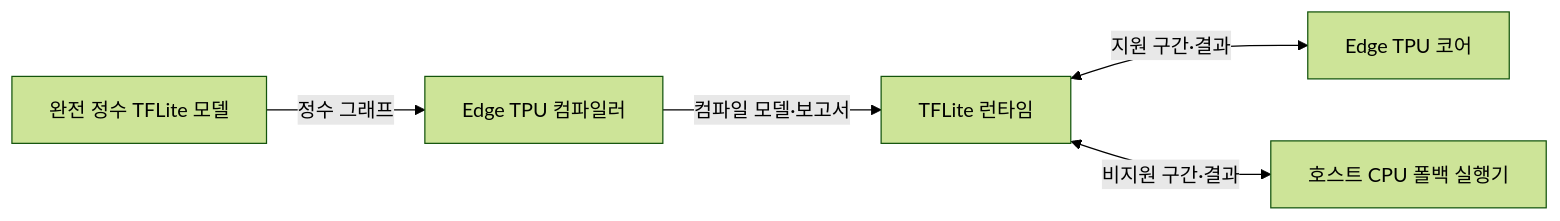
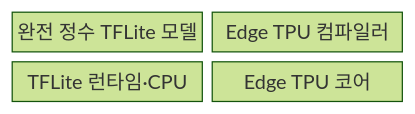
The first of 2 diagrams in src/content/docs/notes/02-hardware/045_edge_tpu.md (agnusdei1207/knowledge-base), drawn with Mermaid (forest theme) before and after one commit. The commit also changed other lines of this file and 20 other files, not shown here.

````diff
--- a/src/content/docs/notes/02-hardware/045_edge_tpu.md
+++ b/src/content/docs/notes/02-hardware/045_edge_tpu.md
@@ -67,12 +65,8 @@
 ```mermaid
-flowchart LR
-    M[완전 정수 TFLite 모델]
-    C[Edge TPU 컴파일러]
-    H[TFLite 런타임]
-    E[Edge TPU 코어]
-    F[호스트 CPU 폴백 실행기]
-    M -->|정수 그래프| C
-    C -->|컴파일 모델·보고서| H
-    H <-->|지원 구간·결과| E
-    H <-->|비지원 구간·결과| F
+block
+    columns 2
+    M["완전 정수 TFLite 모델"]
+    C["Edge TPU 컴파일러"]
+    H["TFLite 런타임·CPU"]
+    E["Edge TPU 코어"]
 ```
````
